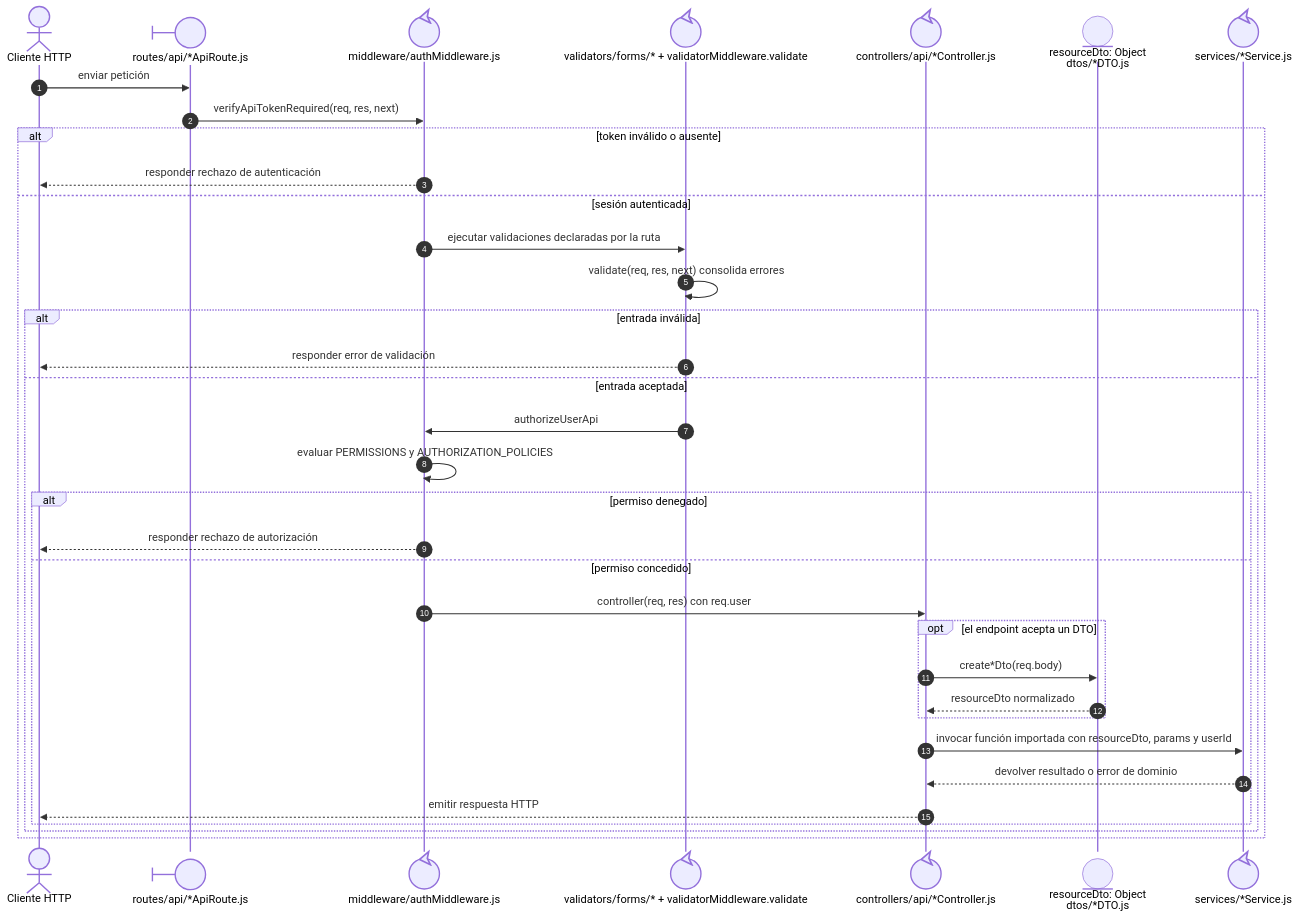
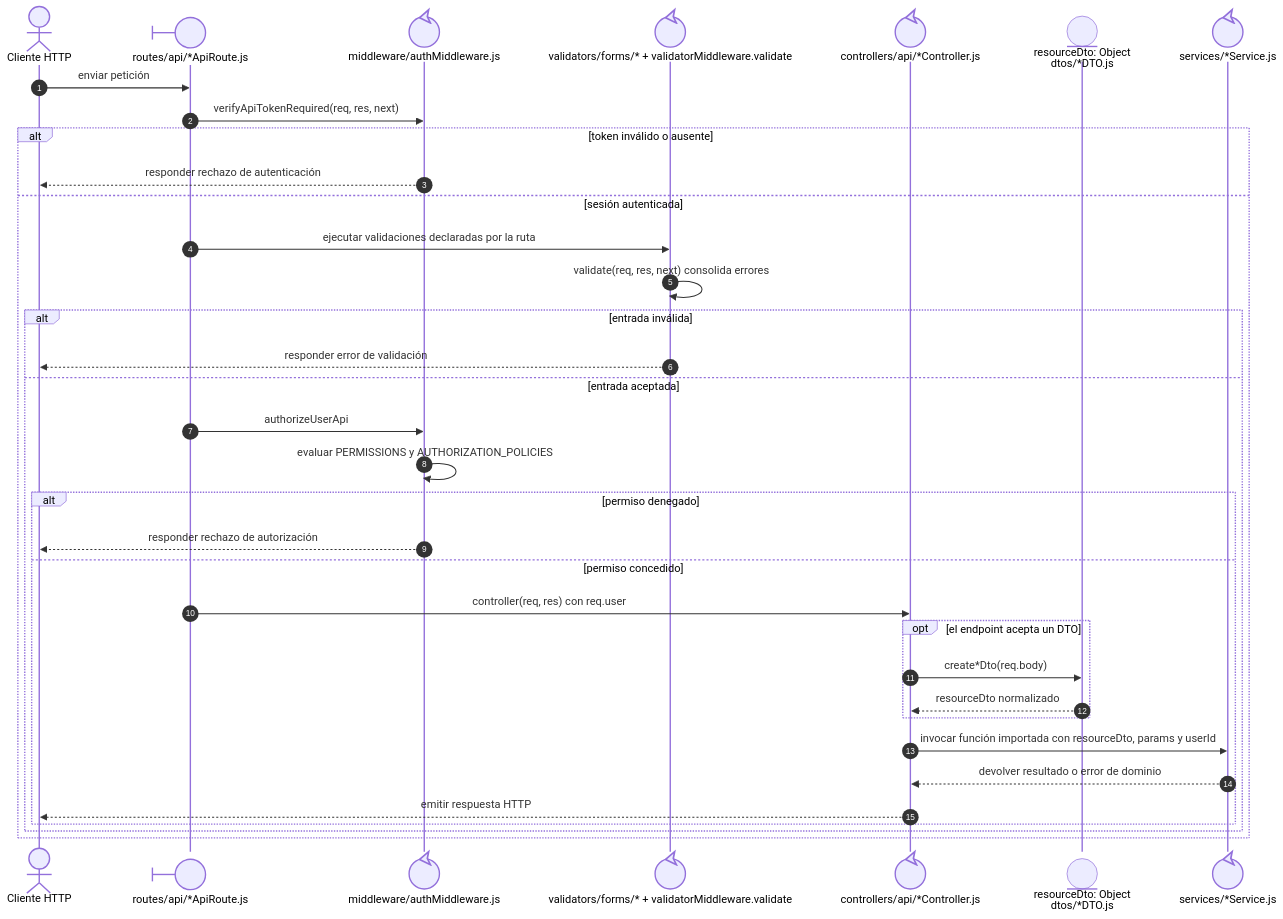
Before and after one commit to gpgsistemas01/nexus: the second of 5 diagrams in docs/architecture/views/development/design-and-construction-patterns/04-catalog-visual-of-patterns-applied.md, drawn with Mermaid. The commit also changed other lines of this file and 132 other files, not shown here.

````diff
--- a/docs/architecture/views/development/design-and-construction-patterns/04-catalog-visual-of-patterns-applied.md
+++ b/docs/architecture/views/development/design-and-construction-patterns/04-catalog-visual-of-patterns-applied.md
@@ -55,38 +55,38 @@
 ```mermaid
 sequenceDiagram
     autonumber
     actor Client as Cliente HTTP
     participant Route@{ "type": "boundary" } as routes/api/*ApiRoute.js
     participant Auth@{ "type": "control" } as middleware/authMiddleware.js
     participant Validation@{ "type": "control" } as validators/forms/* + validatorMiddleware.validate
     participant Controller@{ "type": "control" } as controllers/api/*Controller.js
     participant Dto@{ "type": "entity" } as resourceDto: Object<br/>dtos/*DTO.js
     participant Service@{ "type": "control" } as services/*Service.js
 
     Client->>Route: enviar petición
     Route->>Auth: verifyApiTokenRequired(req, res, next)
     alt token inválido o ausente
         Auth-->>Client: responder rechazo de autenticación
     else sesión autenticada
-        Auth->>Validation: ejecutar validaciones declaradas por la ruta
+        Route->>Validation: ejecutar validaciones declaradas por la ruta
         Validation->>Validation: validate(req, res, next) consolida errores
         alt entrada inválida
             Validation-->>Client: responder error de validación
         else entrada aceptada
-            Validation->>Auth: authorizeUserApi
+            Route->>Auth: authorizeUserApi
             Auth->>Auth: evaluar PERMISSIONS y AUTHORIZATION_POLICIES
             alt permiso denegado
                 Auth-->>Client: responder rechazo de autorización
             else permiso concedido
-                Auth->>Controller: controller(req, res) con req.user
+                Route->>Controller: controller(req, res) con req.user
                 opt el endpoint acepta un DTO
                     Controller->>Dto: create*Dto(req.body)
                     Dto-->>Controller: resourceDto normalizado
                 end
                 Controller->>Service: invocar función importada con resourceDto, params y userId
                 Service-->>Controller: devolver resultado o error de dominio
                 Controller-->>Client: emitir respuesta HTTP
             end
         end
     end
 ```
````
